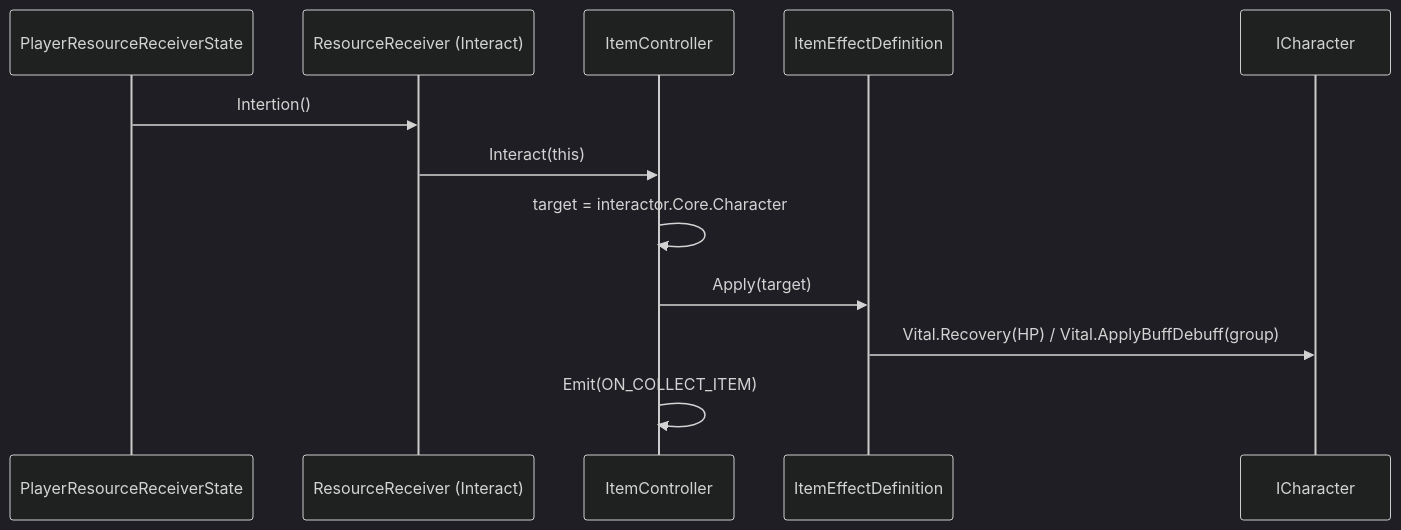
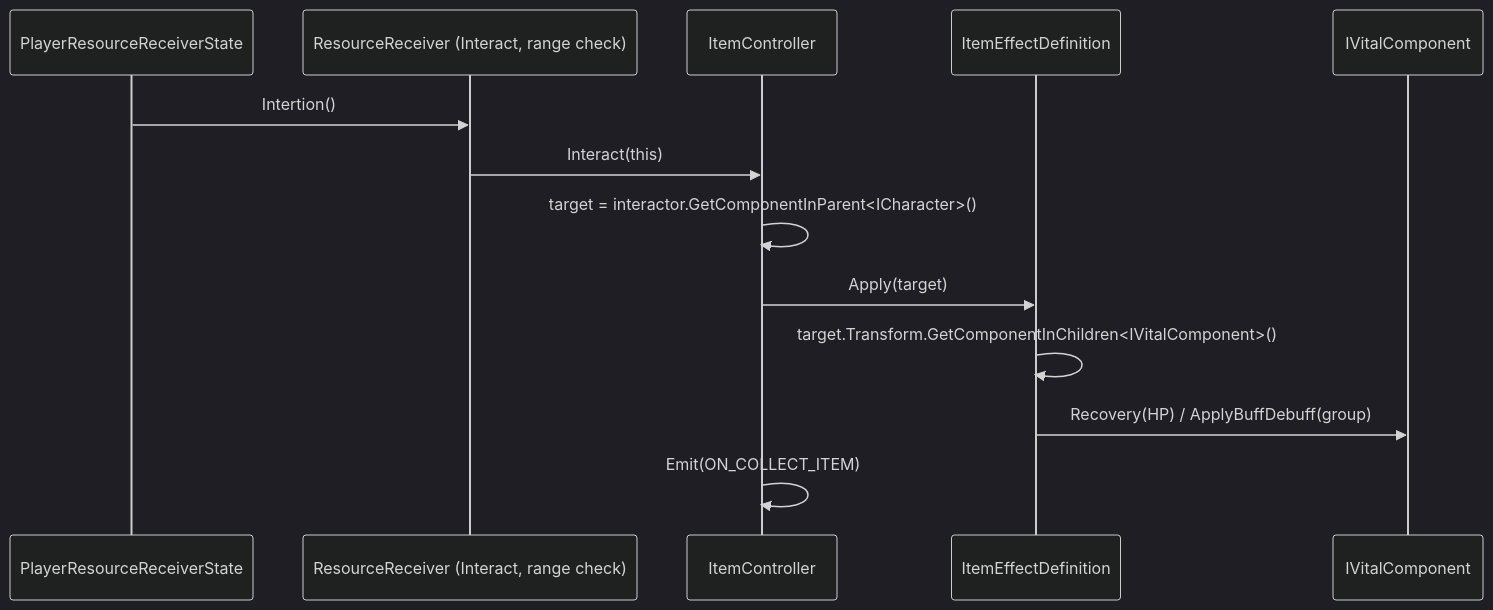
The sixth of 8 diagrams in docs/diagrams/character-architecture-diagrams.md (kay6198835/Game-RPG), drawn with Mermaid (dark theme) before and after one commit. The commit also changed other lines of this file and 28 other files, not shown here.

First line of the commit message:
refactor(character): ICharacter is identity only (ADR-0005 Amendment 1)

````diff
--- a/docs/diagrams/character-architecture-diagrams.md
+++ b/docs/diagrams/character-architecture-diagrams.md
@@ -161,14 +170,15 @@
 ```mermaid
 sequenceDiagram
     participant PS as PlayerResourceReceiverState
-    participant RR as ResourceReceiver (Interact)
+    participant RR as ResourceReceiver (Interact, range check)
     participant IC as ItemController
     participant E as ItemEffectDefinition
-    participant C as ICharacter
+    participant V as IVitalComponent
     PS->>RR: Intertion()
     RR->>IC: Interact(this)
-    IC->>IC: target = interactor.Core.Character
+    IC->>IC: target = interactor.GetComponentInParent<ICharacter>()
     IC->>E: Apply(target)
-    E->>C: Vital.Recovery(HP) / Vital.ApplyBuffDebuff(group)
+    E->>E: target.Transform.GetComponentInChildren<IVitalComponent>()
+    E->>V: Recovery(HP) / ApplyBuffDebuff(group)
     IC->>IC: Emit(ON_COLLECT_ITEM)
 ```
````
